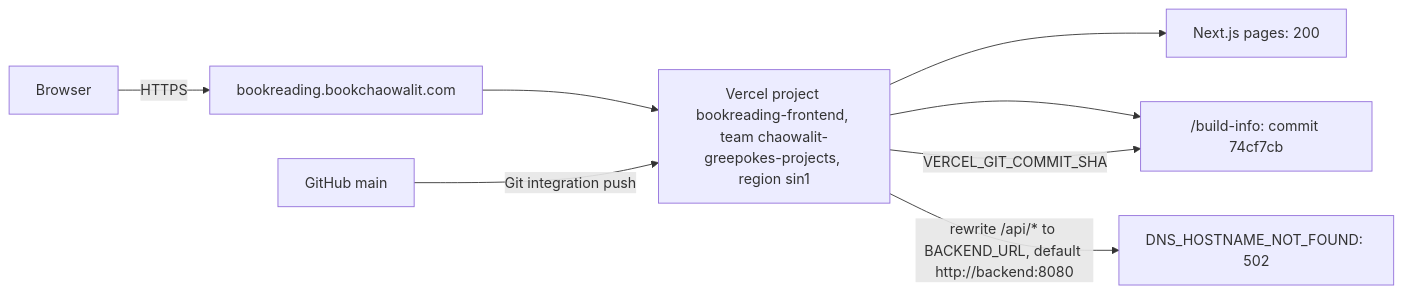
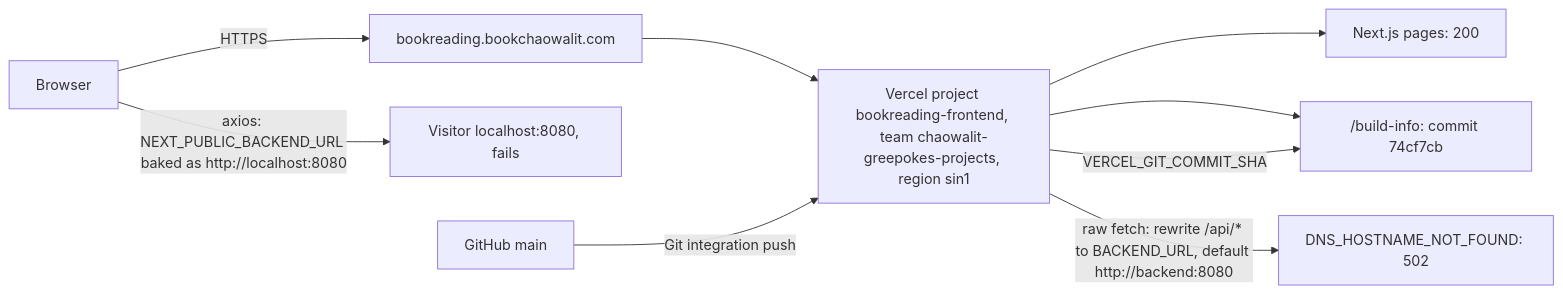
The first of 2 diagrams in docs/diagrams/16-deployment.md (bookchaowalit-website/content-bookreading), drawn with Mermaid before and after one commit. The commit also changed other lines of this file and 7 other files, not shown here.

First line of the commit message:
docs: separate direct axios calls from the Next.js /api rewrite

````diff
--- a/docs/diagrams/16-deployment.md
+++ b/docs/diagrams/16-deployment.md
@@ -7,10 +7,11 @@
 ```mermaid
 flowchart LR
     U["Browser"] -->|"HTTPS"| DNS["bookreading.bookchaowalit.com"]
     DNS --> V["Vercel project bookreading-frontend, team chaowalit-greepokes-projects, region sin1"]
     V --> PAGES["Next.js pages: 200"]
     V --> BI["/build-info: commit 74cf7cb"]
-    V -->|"rewrite /api/* to BACKEND_URL, default http://backend:8080"| X["DNS_HOSTNAME_NOT_FOUND: 502"]
+    V -->|"raw fetch: rewrite /api/* to BACKEND_URL, default http://backend:8080"| X["DNS_HOSTNAME_NOT_FOUND: 502"]
+    U -->|"axios: NEXT_PUBLIC_BACKEND_URL baked as http://localhost:8080"| LH["Visitor localhost:8080, fails"]
     GH["GitHub main"] -->|"Git integration push"| V
     V -->|"VERCEL_GIT_COMMIT_SHA"| BI
 ```
````
